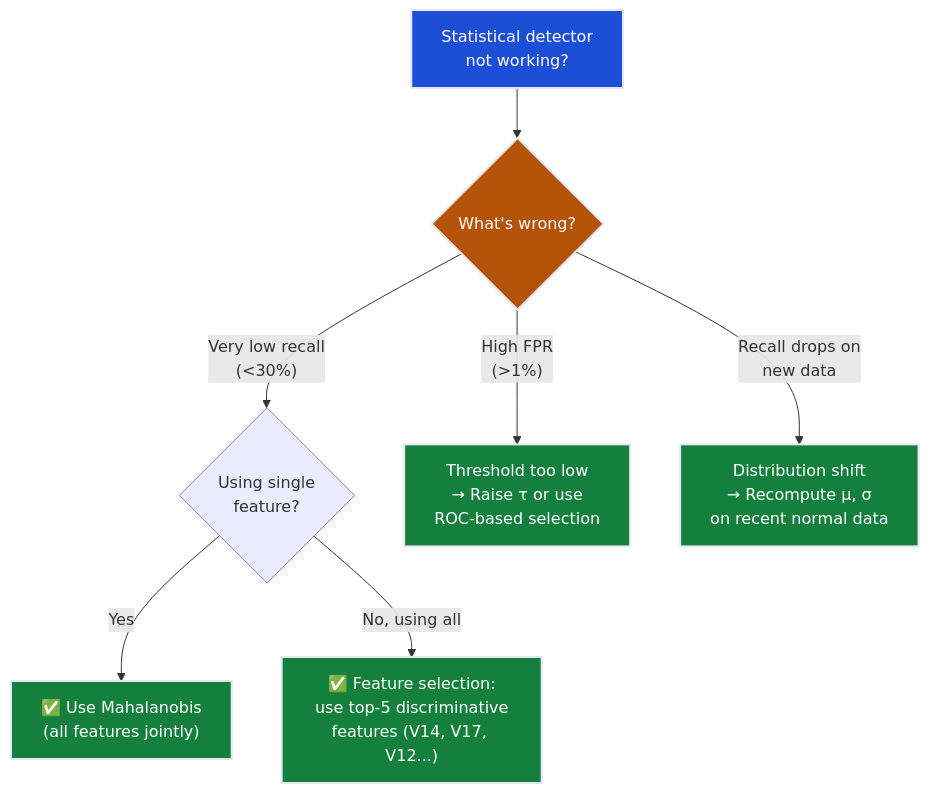
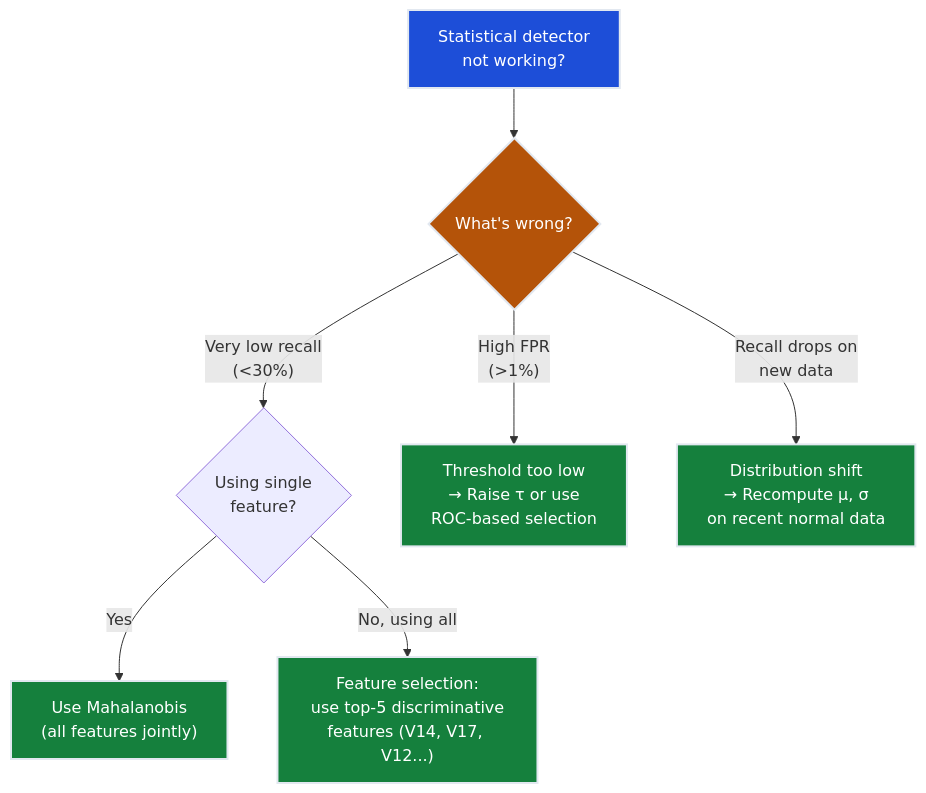
One commit to deepakshamsft/ai-portfolio changed the third of 3 diagrams in notes/ML/05-AnomalyDetection/ch01-statistical-methods/README.md. Above: the diagram before and after it, drawn with Mermaid. The commit also changed other lines of this file and 50 other files, not shown here.

````diff
--- a/notes/ML/05-AnomalyDetection/ch01-statistical-methods/README.md
+++ b/notes/ML/05-AnomalyDetection/ch01-statistical-methods/README.md
@@ -365,18 +365,18 @@
 ```mermaid
 flowchart TD
     PROBLEM["Statistical detector\nnot working?"] --> SYMPTOM{"What's wrong?"}
 
     SYMPTOM -->|"Very low recall\n(<30%)"| CHECK1{"Using single\nfeature?"}
     SYMPTOM -->|"High FPR\n(>1%)"| CHECK2["Threshold too low\n→ Raise τ or use\nROC-based selection"]
     SYMPTOM -->|"Recall drops on\nnew data"| CHECK3["Distribution shift\n→ Recompute μ, σ\non recent normal data"]
 
-    CHECK1 -->|"Yes"| FIX1["✅ Use Mahalanobis\n(all features jointly)"]
-    CHECK1 -->|"No, using all"| FIX2["✅ Feature selection:\nuse top-5 discriminative\nfeatures (V14, V17, V12...)"]
+    CHECK1 -->|"Yes"| FIX1["Use Mahalanobis\n(all features jointly)"]
+    CHECK1 -->|"No, using all"| FIX2["Feature selection:\nuse top-5 discriminative\nfeatures (V14, V17, V12...)"]
 
     style PROBLEM fill:#1d4ed8,stroke:#e2e8f0,stroke-width:2px,color:#ffffff
     style SYMPTOM fill:#b45309,stroke:#e2e8f0,stroke-width:2px,color:#ffffff
     style FIX1 fill:#15803d,stroke:#e2e8f0,stroke-width:2px,color:#ffffff
     style FIX2 fill:#15803d,stroke:#e2e8f0,stroke-width:2px,color:#ffffff
     style CHECK2 fill:#15803d,stroke:#e2e8f0,stroke-width:2px,color:#ffffff
     style CHECK3 fill:#15803d,stroke:#e2e8f0,stroke-width:2px,color:#ffffff
 ```
````
